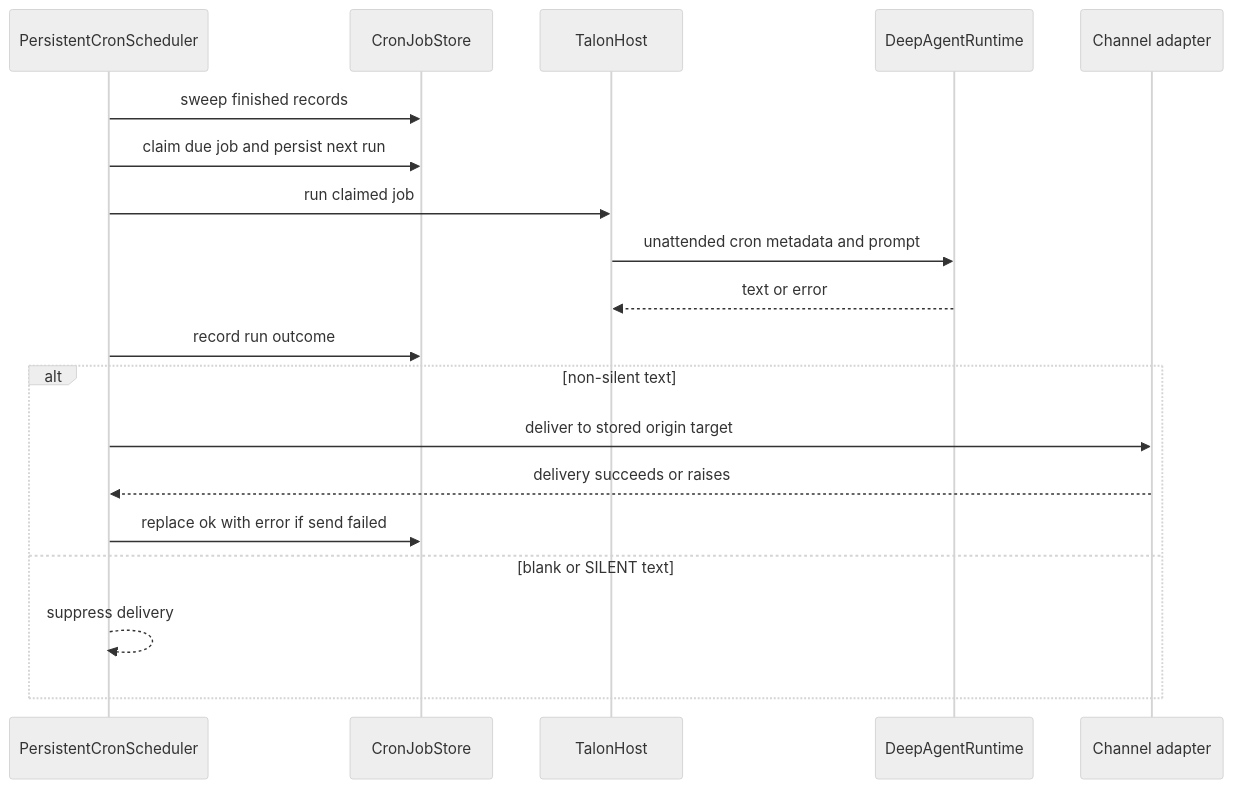
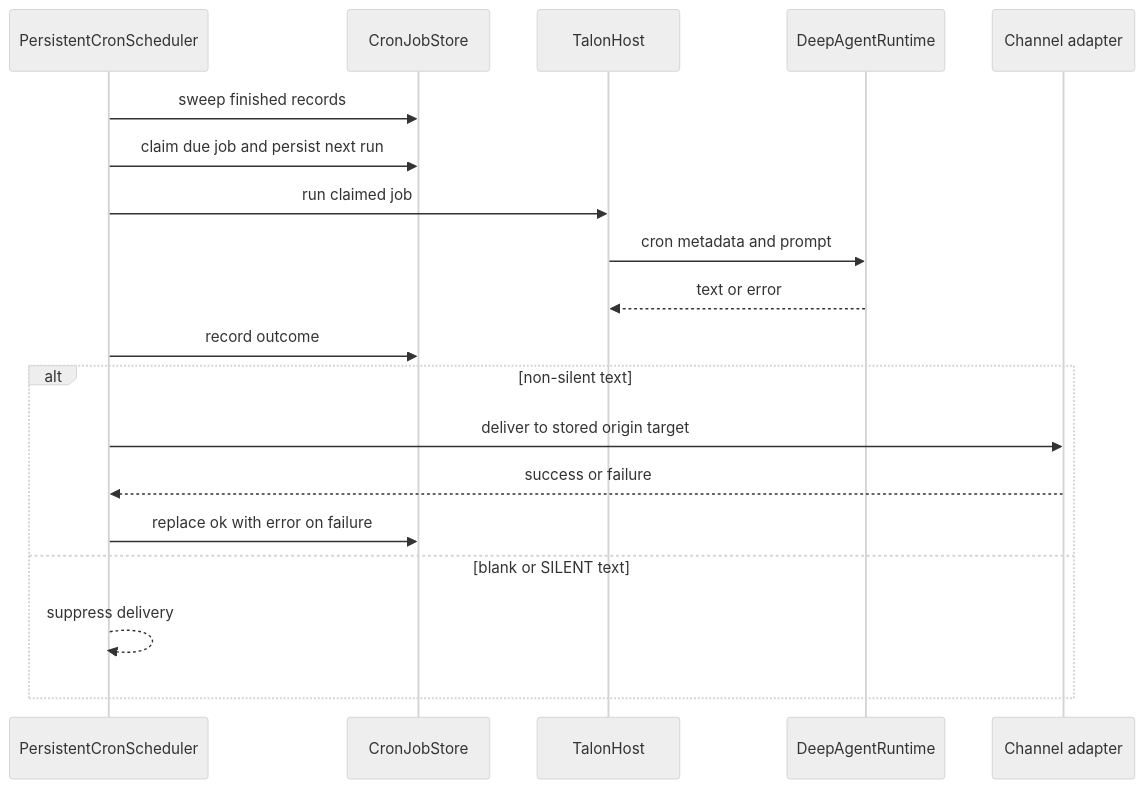
Before and after one commit to langchain-ai/deepagents: the first of 2 diagrams in openwiki/concepts/talon-scheduling.md, drawn with Mermaid (neutral theme). The commit also changed other lines of this file and 63 other files, not shown here.

````diff
--- a/openwiki/concepts/talon-scheduling.md
+++ b/openwiki/concepts/talon-scheduling.md
@@ -51,21 +49,21 @@
 ```mermaid
 sequenceDiagram
     participant Scheduler as PersistentCronScheduler
     participant Store as CronJobStore
     participant Host as TalonHost
     participant Runtime as DeepAgentRuntime
     participant Channel as Channel adapter
     Scheduler->>Store: sweep finished records
     Scheduler->>Store: claim due job and persist next run
     Scheduler->>Host: run claimed job
-    Host->>Runtime: unattended cron metadata and prompt
+    Host->>Runtime: cron metadata and prompt
     Runtime-->>Host: text or error
-    Scheduler->>Store: record run outcome
+    Scheduler->>Store: record outcome
     alt non-silent text
         Scheduler->>Channel: deliver to stored origin target
-        Channel-->>Scheduler: delivery succeeds or raises
-        Scheduler->>Store: replace ok with error if send failed
+        Channel-->>Scheduler: success or failure
+        Scheduler->>Store: replace ok with error on failure
     else blank or SILENT text
         Scheduler-->>Scheduler: suppress delivery
     end
 ```
````
